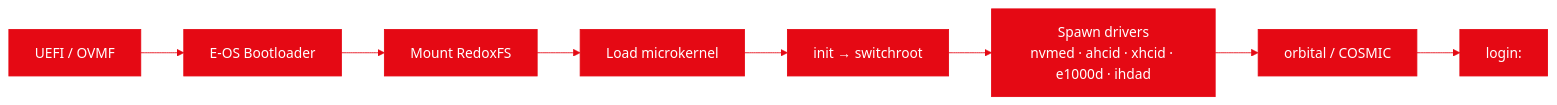
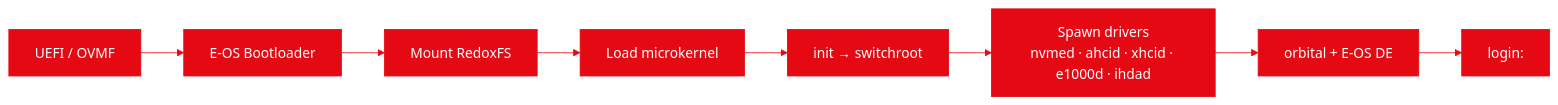
One commit to Gh0s777tt/E-OS changed the first of 2 diagrams in docs/architecture.md. Above: the diagram before and after it, drawn with Mermaid. The commit also changed other lines of this file and 15 other files, not shown here.

````diff
--- a/docs/architecture.md
+++ b/docs/architecture.md
@@ -14,13 +14,13 @@
 ```mermaid
 %%{init: {'theme':'base','themeVariables':{'primaryColor':'#E50914','primaryTextColor':'#fff','primaryBorderColor':'#E50914','lineColor':'#E50914','fontFamily':'Fira Code'}}}%%
 flowchart LR
     A["UEFI / OVMF"] --> B["E-OS Bootloader"]
     B --> C["Mount RedoxFS"]
     C --> D["Load microkernel"]
     D --> E["init → switchroot"]
     E --> F["Spawn drivers<br/>nvmed · ahcid · xhcid · e1000d · ihdad"]
-    F --> G["orbital / COSMIC"]
+    F --> G["orbital + E-OS DE"]
     G --> H["login:"]
     classDef red fill:#E50914,stroke:#E50914,color:#fff;
     class D red;
 ```
````
